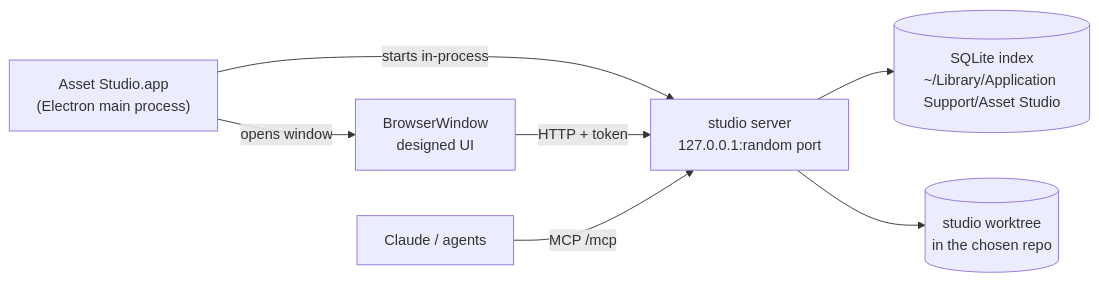
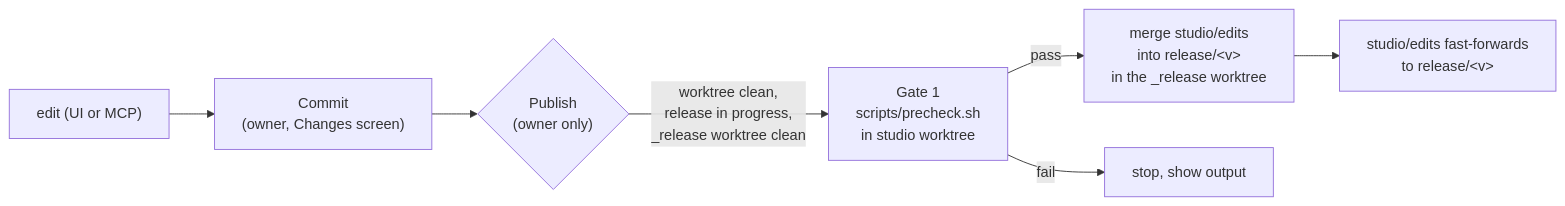
The second of 2 diagrams in .claude/idea_backlog/I-123-asset-studio-settings-per-domain-and-ass/spec.md (montionugera/atlas-world-svc), drawn with Mermaid before and after one commit. The commit also changed other lines of this file, not shown here.

Commit message:
docs(I-123): resolve 20 decision conflicts; data home, publish path, auto-built app

````diff
--- a/.claude/idea_backlog/I-123-asset-studio-settings-per-domain-and-ass/spec.md
+++ b/.claude/idea_backlog/I-123-asset-studio-settings-per-domain-and-ass/spec.md
@@ -239,9 +135,9 @@
 ```mermaid
 flowchart LR
-  APP["Asset Studio.app<br/>(Electron main process)"] -->|starts in-process| SRV["studio server<br/>127.0.0.1:random port"]
-  APP -->|opens window| WIN["BrowserWindow<br/>designed UI"]
-  WIN -->|HTTP + token| SRV
-  AG["Claude / agents"] -->|MCP /mcp| SRV
-  SRV --> DB[("SQLite index<br/>~/Library/Application Support/Asset Studio")]
-  SRV --> WT[("studio worktree<br/>in the chosen repo")]
+  E["edit (UI or MCP)"] --> C["Commit<br/>(owner, Changes screen)"]
+  C --> P{"Publish<br/>(owner only)"}
+  P -->|"worktree clean,<br/>release in progress,<br/>_release worktree clean"| G1["Gate 1<br/>scripts/precheck.sh<br/>in studio worktree"]
+  G1 -->|pass| M["merge studio/edits<br/>into release/&lt;v&gt;<br/>in the _release worktree"]
+  G1 -->|fail| X["stop, show output"]
+  M --> R["studio/edits fast-forwards<br/>to release/&lt;v&gt;"]
 ```
````
